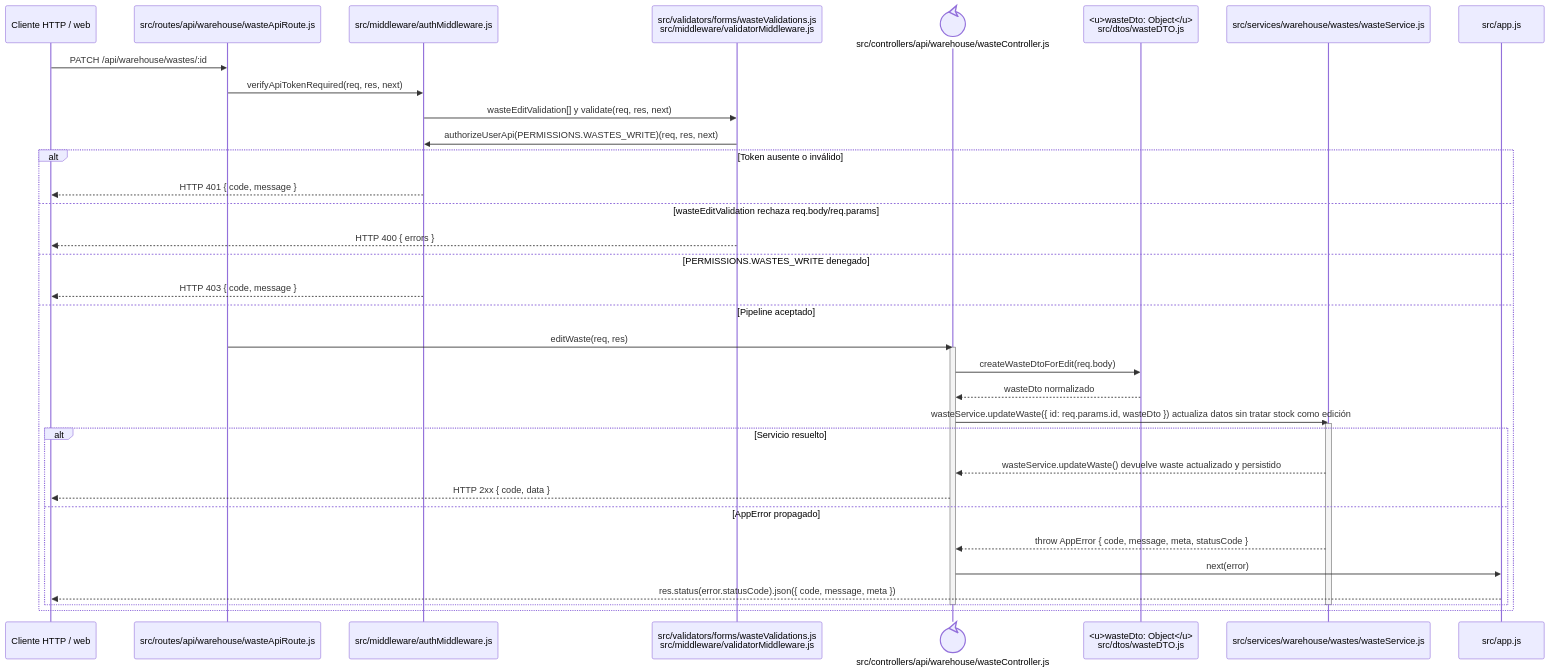
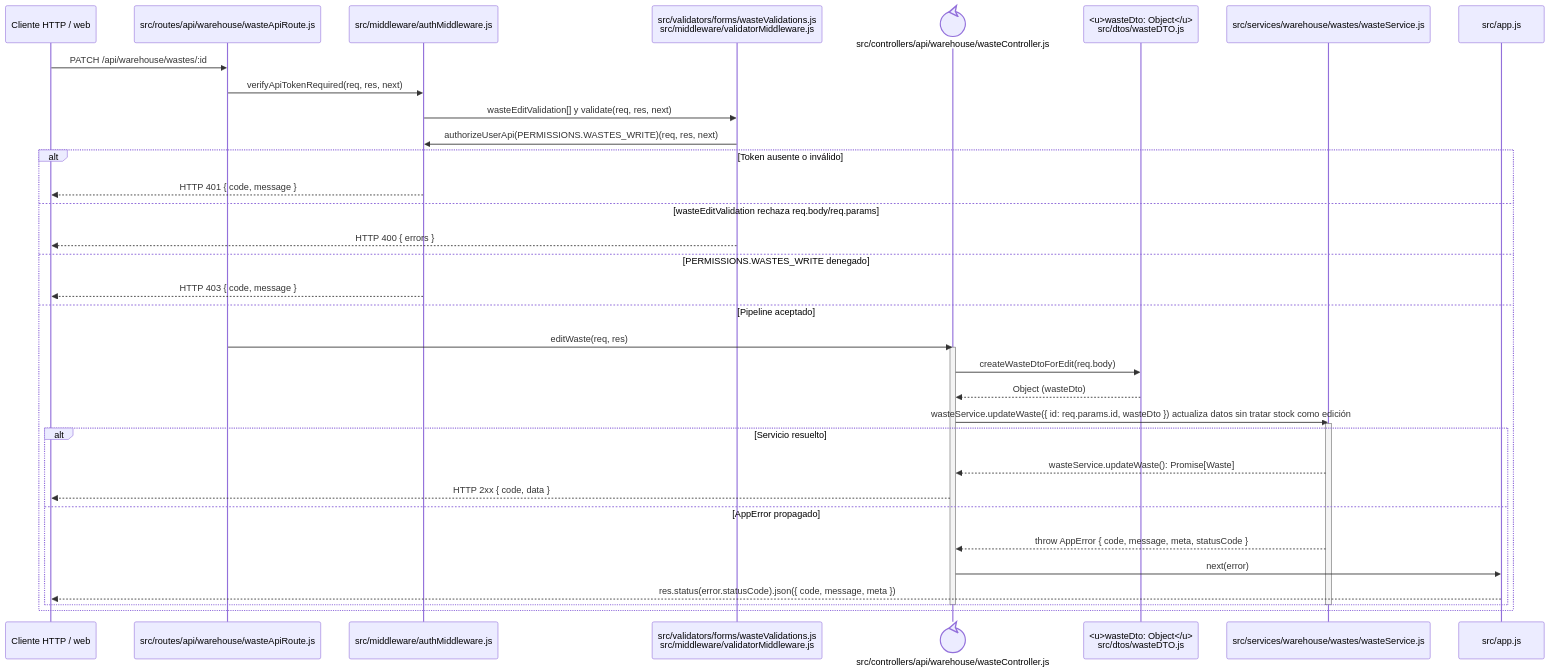
One commit to gpgsistemas01/nexus changed the diagram in docs/architecture/backend-code-sequences/catalogs/cu-alm-11.md. Above: the diagram before and after it, drawn with Mermaid. The commit also changed 146 other files, not shown here.

````diff
--- a/docs/architecture/backend-code-sequences/catalogs/cu-alm-11.md
+++ b/docs/architecture/backend-code-sequences/catalogs/cu-alm-11.md
@@ -6,40 +6,40 @@
 ```mermaid
 sequenceDiagram
     participant Client as Cliente HTTP / web
     participant Route as src/routes/api/warehouse/wasteApiRoute.js
     participant Auth as src/middleware/authMiddleware.js
     participant Validator as src/validators/forms/wasteValidations.js<br/>src/middleware/validatorMiddleware.js
     participant Controller@{ "type": "control" } as src/controllers/api/warehouse/wasteController.js
     participant WasteDto as <u>wasteDto: Object</u><br/>src/dtos/wasteDTO.js
     participant Domain as src/services/warehouse/wastes/wasteService.js
     participant ErrorHandler as src/app.js
 
     Client->>Route: PATCH /api/warehouse/wastes/:id
     Route->>Auth: verifyApiTokenRequired(req, res, next)
     Auth->>Validator: wasteEditValidation[] y validate(req, res, next)
     Validator->>Auth: authorizeUserApi(PERMISSIONS.WASTES_WRITE)(req, res, next)
     alt Token ausente o inválido
         Auth-->>Client: HTTP 401 { code, message }
     else wasteEditValidation rechaza req.body/req.params
         Validator-->>Client: HTTP 400 { errors }
     else PERMISSIONS.WASTES_WRITE denegado
         Auth-->>Client: HTTP 403 { code, message }
     else Pipeline aceptado
         Route->>Controller: editWaste(req, res)
         activate Controller
         Controller->>WasteDto: createWasteDtoForEdit(req.body)
-        WasteDto-->>Controller: wasteDto normalizado
+        WasteDto-->>Controller: Object (wasteDto)
         Controller->>Domain: wasteService.updateWaste({ id: req.params.id, wasteDto }) actualiza datos sin tratar stock como edición
         activate Domain
         alt Servicio resuelto
-            Domain-->>Controller: wasteService.updateWaste() devuelve waste actualizado y persistido
+            Domain-->>Controller: wasteService.updateWaste(): Promise[Waste]
             Controller-->>Client: HTTP 2xx { code, data }
         else AppError propagado
             Domain-->>Controller: throw AppError { code, message, meta, statusCode }
             Controller->>ErrorHandler: next(error)
             ErrorHandler-->>Client: res.status(error.statusCode).json({ code, message, meta })
         end
         deactivate Domain
         deactivate Controller
     end
 ```
````
